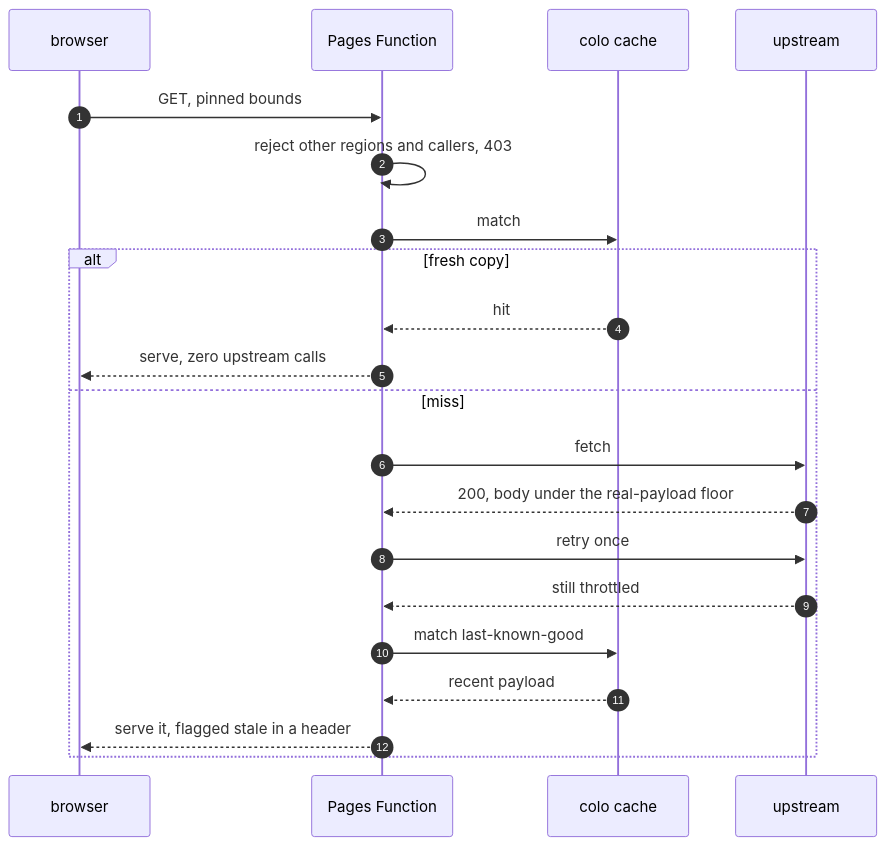
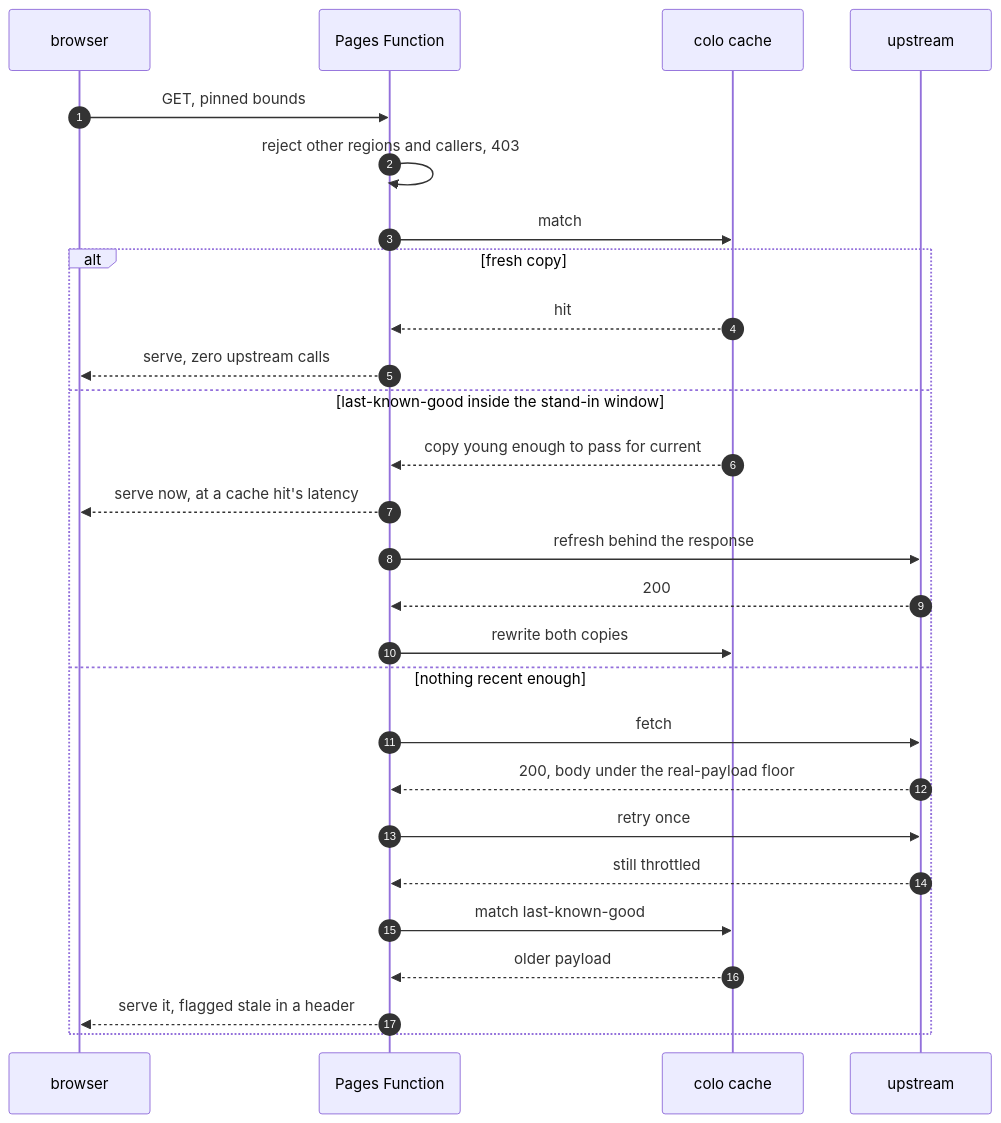
One commit to klauslila/klauslila-showcase changed the second of 3 diagrams in README.md. Above: the diagram before and after it, drawn with Mermaid. The commit also changed other lines of this file, not shown here.

Commit message:
Show the miss path answering from cache instead of blocking on the upstream
The Edge sequence had a miss going straight to the upstream, which stopped
being true: a miss now answers from the last-known-good copy when it is
young enough and refreshes behind the response. That copy was already
carried for outages, so the write-up now gives it both jobs.

Drops the hand-written line count from the architecture diagram. The Stack
table's count is generated from the working tree, so the hand-written one
was a second source that could only drift, and had: the Function grew past
it. Ratios rather than constants in the new rows, for the same reason.

````diff
--- a/README.md
+++ b/README.md
@@ -59,23 +62,29 @@
 ```mermaid
 sequenceDiagram
   autonumber
   participant B as browser
   participant F as Pages Function
   participant C as colo cache
   participant U as upstream
   B->>F: GET, pinned bounds
   F->>F: reject other regions and callers, 403
   F->>C: match
   alt fresh copy
     C-->>F: hit
     F-->>B: serve, zero upstream calls
-  else miss
+  else last-known-good inside the stand-in window
+    C-->>F: copy young enough to pass for current
+    F-->>B: serve now, at a cache hit's latency
+    F->>U: refresh behind the response
+    U-->>F: 200
+    F->>C: rewrite both copies
+  else nothing recent enough
     F->>U: fetch
     U-->>F: 200, body under the real-payload floor
     F->>U: retry once
     U-->>F: still throttled
     F->>C: match last-known-good
-    C-->>F: recent payload
+    C-->>F: older payload
     F-->>B: serve it, flagged stale in a header
   end
 ```
````
